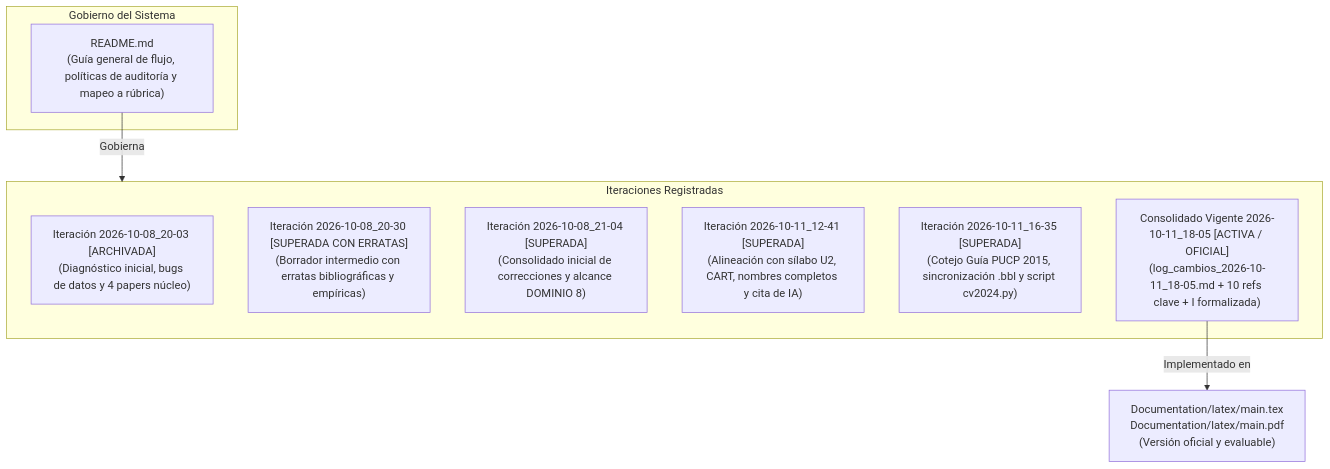
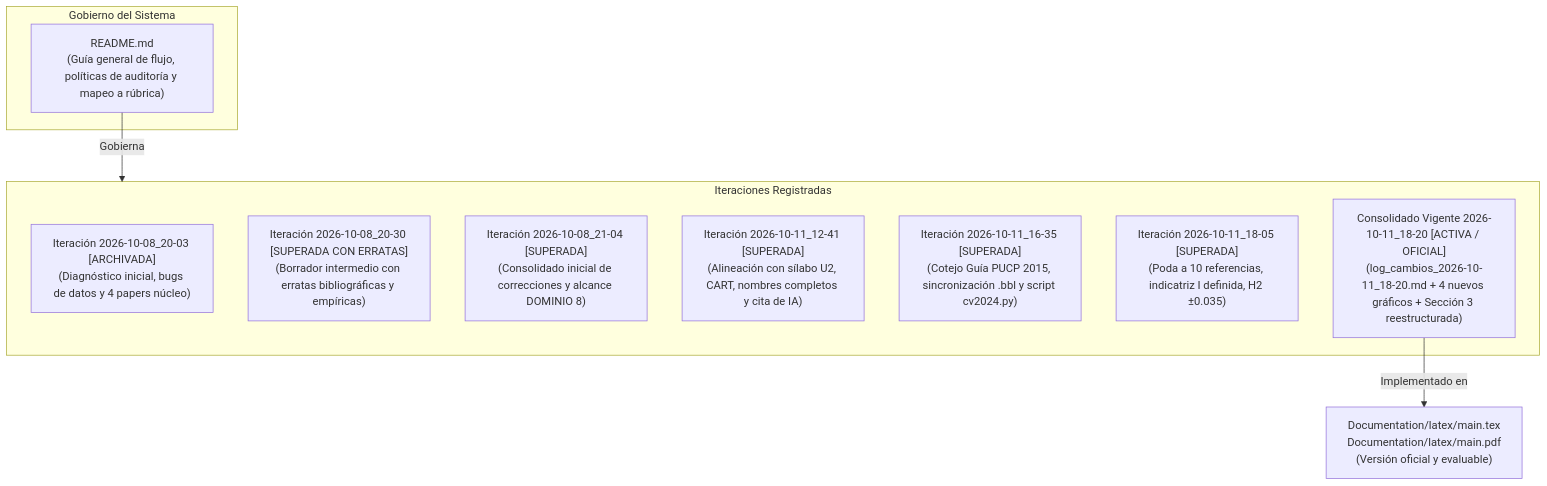
One commit to Ga3lAE/IA-Tarea-Academica changed the diagram in Documentation/Observaciones a levantar/README.md. Above: the diagram before and after it, drawn with Mermaid. The commit also changed other lines of this file and 8 other files, not shown here.

````diff
--- a/Documentation/Observaciones a levantar/README.md
+++ b/Documentation/Observaciones a levantar/README.md
@@ -11,18 +11,19 @@
 ```mermaid
 flowchart TD
     subgraph Marco["Gobierno del Sistema"]
         R["README.md\n(Guía general de flujo, políticas de auditoría y mapeo a rúbrica)"]
     end
 
     subgraph Historial["Iteraciones Registradas"]
         I1["Iteración 2026-10-08_20-03 [ARCHIVADA]\n(Diagnóstico inicial, bugs de datos y 4 papers núcleo)"]
         I2["Iteración 2026-10-08_20-30 [SUPERADA CON ERRATAS]\n(Borrador intermedio con erratas bibliográficas y empíricas)"]
         I3["Iteración 2026-10-08_21-04 [SUPERADA]\n(Consolidado inicial de correcciones y alcance DOMINIO 8)"]
         I4["Iteración 2026-10-11_12-41 [SUPERADA]\n(Alineación con sílabo U2, CART, nombres completos y cita de IA)"]
         I5["Iteración 2026-10-11_16-35 [SUPERADA]\n(Cotejo Guía PUCP 2015, sincronización .bbl y script cv2024.py)"]
-        I6["Consolidado Vigente 2026-10-11_18-05 [ACTIVA / OFICIAL]\n(log_cambios_2026-10-11_18-05.md + 10 refs clave + I formalizada)"]
+        I6["Iteración 2026-10-11_18-05 [SUPERADA]\n(Poda a 10 referencias, indicatriz I definida, H2 ±0.035)"]
+        I7["Consolidado Vigente 2026-10-11_18-20 [ACTIVA / OFICIAL]\n(log_cambios_2026-10-11_18-20.md + 4 nuevos gráficos + Sección 3 reestructurada)"]
     end
 
     R -->|Gobierna| Historial
-    I6 -->|Implementado en| DOCS["Documentation/latex/main.tex\nDocumentation/latex/main.pdf\n(Versión oficial y evaluable)"]
+    I7 -->|Implementado en| DOCS["Documentation/latex/main.tex\nDocumentation/latex/main.pdf\n(Versión oficial y evaluable)"]
 ```
````
